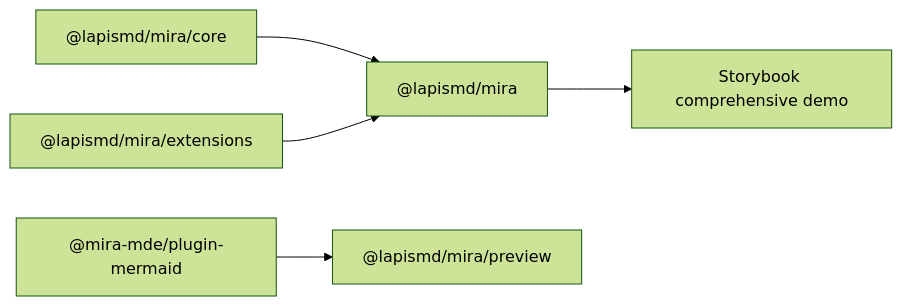
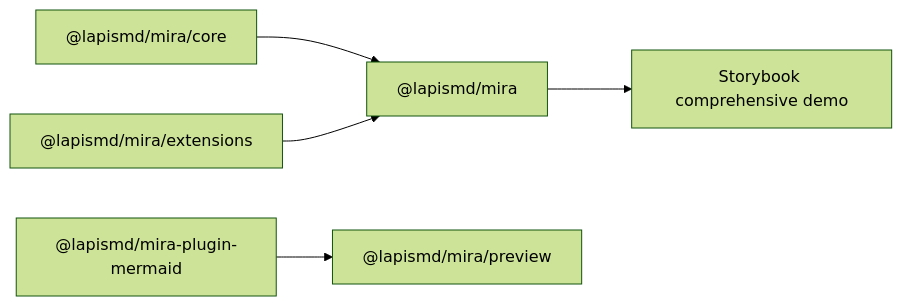
The first of 2 diagrams in stories/demo/comprehensive-demo.md (lapismd/mira-mde), drawn with Mermaid (forest theme) before and after one commit. The commit also changed other lines of this file and 237 other files, not shown here.

````diff
--- a/stories/demo/comprehensive-demo.md
+++ b/stories/demo/comprehensive-demo.md
@@ -170,7 +170,7 @@
 ```mermaid
 flowchart LR
   Core["@lapismd/mira/core"] --> Svelte["@lapismd/mira"]
   Extensions["@lapismd/mira/extensions"] --> Svelte
-  Mermaid["@mira-mde/plugin-mermaid"] --> Preview["@lapismd/mira/preview"]
+  Mermaid["@lapismd/mira-plugin-mermaid"] --> Preview["@lapismd/mira/preview"]
   Svelte --> Storybook["Storybook comprehensive demo"]
 ```
````
